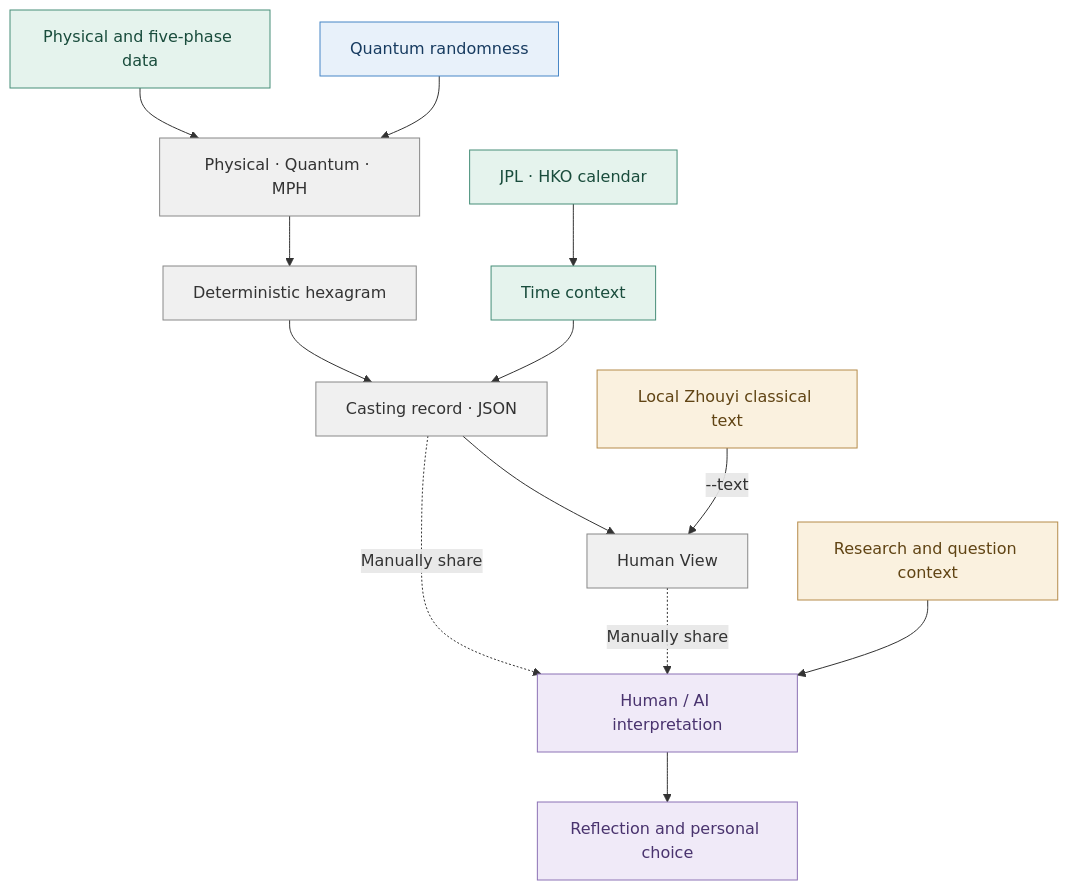
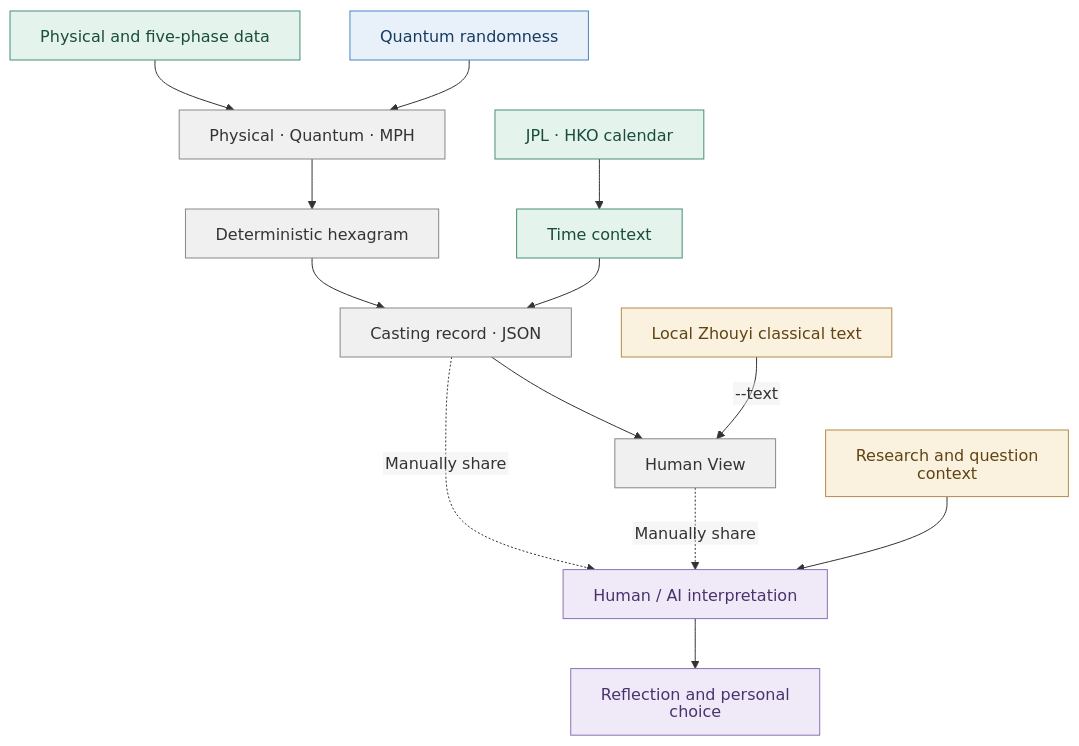
One commit to cctsao1008/trng-iching changed the diagram in README.md. Above: the diagram before and after it, drawn with Mermaid.

Commit message:
docs: use SVG labels to prevent Mermaid clipping in README.md

````diff
--- a/README.md
+++ b/README.md
@@ -236,33 +236,40 @@
 ```mermaid
+---
+config:
+  htmlLabels: false
+  flowchart:
+    htmlLabels: false
+    wrappingWidth: 240
+---
 flowchart TD
     N["Physical and five-phase data"] --> M["Physical · Quantum · MPH"]
     Q["Quantum randomness"] --> M
     M --> H["Deterministic hexagram"]
 
     A["JPL · HKO calendar"] --> T["Time context"]
 
     H --> R["Casting record · JSON"]
     T --> R
 
     R --> V["Human View"]
     Z["Local Zhouyi classical text"] -->|"--text"| V
 
     R -. Manually share .-> I["Human / AI interpretation"]
     V -. Manually share .-> I
 
     S["Research and question context"] --> I
 
     I --> O["Reflection and personal choice"]
 
     classDef randomness fill:#e8f1fa,stroke:#4786c6,color:#173b60
     classDef science fill:#e5f3ed,stroke:#468e78,color:#194c3c
     classDef record fill:#f0f0f0,stroke:#888,color:#333
     classDef references fill:#faf1df,stroke:#b58b4b,color:#604414
     classDef reflection fill:#f0eaf8,stroke:#8c72b5,color:#49336e
 
     class Q randomness
     class N,A,T science
     class M,H,R,V record
     class Z,S references
     class I,O reflection
 ```
````
